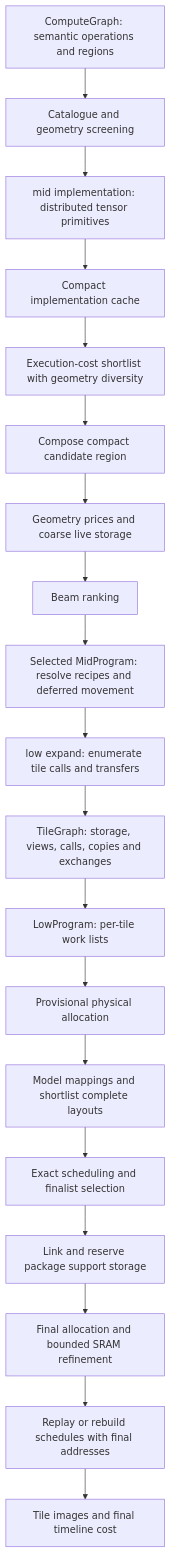
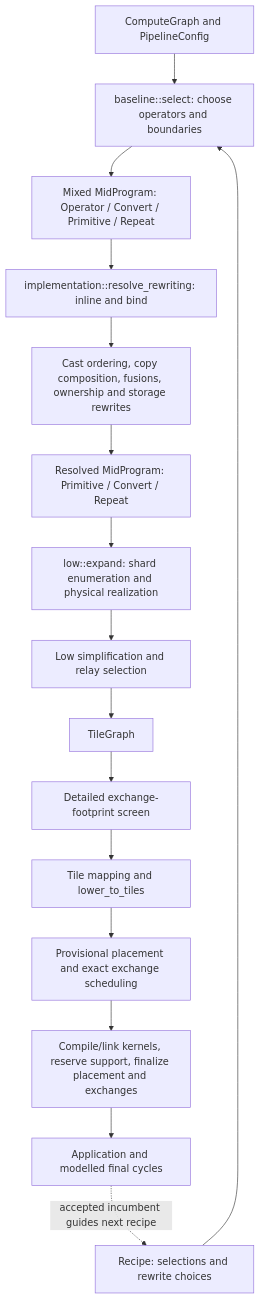
One commit to osmarks/ipu-stack changed the first of 3 diagrams in docs/COMPILER_DATA_FLOW.md. Above: the diagram before and after it, drawn with Mermaid. The commit also changed other lines of this file and 2 other files, not shown here.

Commit message:
Map compiler responsibilities and propose structural refactoring boundaries

````diff
--- a/docs/COMPILER_DATA_FLOW.md
+++ b/docs/COMPILER_DATA_FLOW.md
@@ -8,21 +37,18 @@
 ```mermaid
 flowchart TD
-  G[ComputeGraph: semantic operations and regions] --> C[Catalogue and geometry screening]
-  C --> B[mid implementation: distributed tensor primitives]
-  B --> CACHE[Compact implementation cache]
-  CACHE --> SHORT[Execution-cost shortlist with geometry diversity]
-  SHORT --> REGION[Compose compact candidate region]
-  REGION --> COST[Geometry prices and coarse live storage]
-  COST --> BEAM[Beam ranking]
-  BEAM --> FINAL[Selected MidProgram: resolve recipes and deferred movement]
-  FINAL --> EXPAND[low expand: enumerate tile calls and transfers]
-  EXPAND --> TG[TileGraph: storage, views, calls, copies and exchanges]
-  TG --> LOW[LowProgram: per-tile work lists]
-  LOW --> PLACE[Provisional physical allocation]
-  PLACE --> MODEL[Model mappings and shortlist complete layouts]
-  MODEL --> EX[Exact scheduling and finalist selection]
-  EX --> SUPPORT[Link and reserve package support storage]
-  SUPPORT --> FINALPLACE[Final allocation and bounded SRAM refinement]
-  FINALPLACE --> REPLAY[Replay or rebuild schedules with final addresses]
-  REPLAY --> IMAGE[Tile images and final timeline cost]
+  G[ComputeGraph and PipelineConfig] --> P[baseline::select: choose operators and boundaries]
+  R[Recipe: selections and rewrite choices] --> P
+  P --> U[Mixed MidProgram: Operator / Convert / Primitive / Repeat]
+  U --> I[implementation::resolve_rewriting: inline and bind]
+  I --> W[Cast ordering, copy composition, fusions, ownership and storage rewrites]
+  W --> M[Resolved MidProgram: Primitive / Convert / Repeat]
+  M --> E[low::expand: shard enumeration and physical realization]
+  E --> O[Low simplification and relay selection]
+  O --> T[TileGraph]
+  T --> F[Detailed exchange-footprint screen]
+  F --> L[Tile mapping and lower_to_tiles]
+  L --> V[Provisional placement and exact exchange scheduling]
+  V --> B[Compile/link kernels, reserve support, finalize placement and exchanges]
+  B --> A[Application and modelled final cycles]
+  A -. accepted incumbent guides next recipe .-> R
 ```
````
